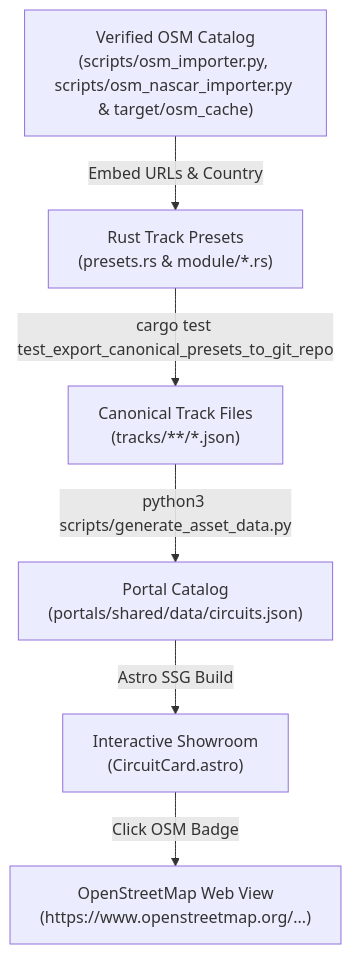
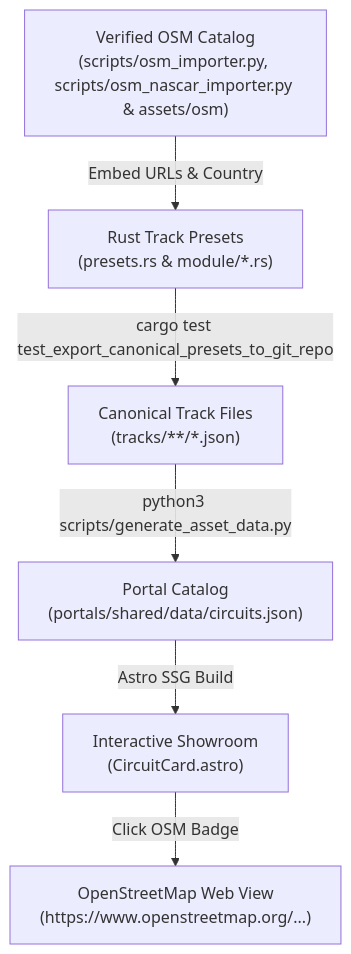
One commit to magomar/tdrace changed the diagram in specs/021_authentic_openstreetmap_references_and_circuit_provenance.md. Above: the diagram before and after it, drawn with Mermaid. The commit also changed other lines of this file and 4 other files, not shown here.

First line of the commit message:
feat(osm): read circuits from assets/osm/<id>.osm and add a download command

````diff
--- a/specs/021_authentic_openstreetmap_references_and_circuit_provenance.md
+++ b/specs/021_authentic_openstreetmap_references_and_circuit_provenance.md
@@ -47,8 +47,8 @@
 ```mermaid
 flowchart TD
-    A["Verified OSM Catalog<br/>(scripts/osm_importer.py, scripts/osm_nascar_importer.py & target/osm_cache)"] -->|Embed URLs & Country| B["Rust Track Presets<br/>(presets.rs & module/*.rs)"]
+    A["Verified OSM Catalog<br/>(scripts/osm_importer.py, scripts/osm_nascar_importer.py & assets/osm)"] -->|Embed URLs & Country| B["Rust Track Presets<br/>(presets.rs & module/*.rs)"]
     B -->|cargo test test_export_canonical_presets_to_git_repo| C["Canonical Track Files<br/>(tracks/**/*.json)"]
     C -->|python3 scripts/generate_asset_data.py| D["Portal Catalog<br/>(portals/shared/data/circuits.json)"]
     D -->|Astro SSG Build| E["Interactive Showroom<br/>(CircuitCard.astro)"]
     E -->|Click OSM Badge| F["OpenStreetMap Web View<br/>(https://www.openstreetmap.org/...)"]
 ```
````
